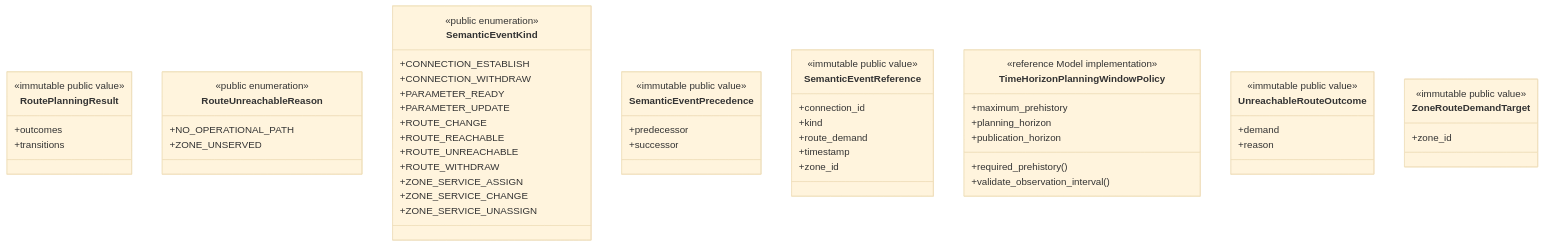
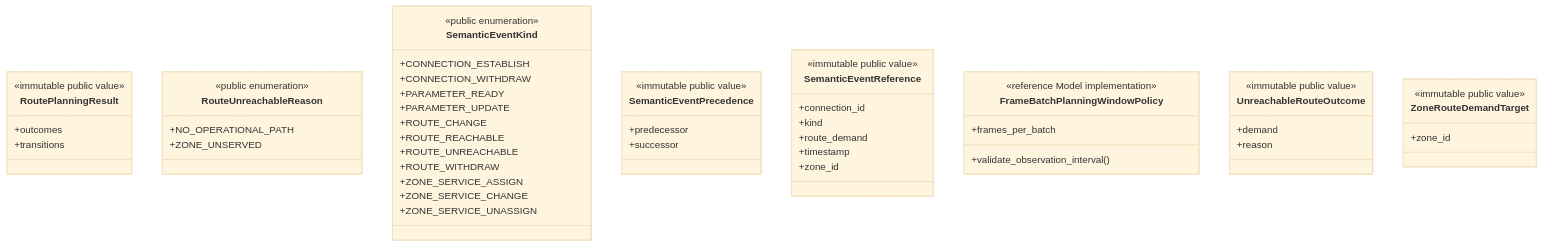
One commit to seed-labs/skyseed changed the seventh of 8 diagrams in skyseed_v2/src/skyseed_v2/simulator/planning/README.md. Above: the diagram before and after it, drawn with Mermaid (base theme). The commit also changed other lines of this file and 178 other files, not shown here.

````diff
--- a/skyseed_v2/src/skyseed_v2/simulator/planning/README.md
+++ b/skyseed_v2/src/skyseed_v2/simulator/planning/README.md
@@ -582,57 +588,54 @@
 ```mermaid
 classDiagram
     class RoutePlanningResult {
         <<immutable public value>>
         +outcomes
         +transitions
     }
     class RouteUnreachableReason {
         <<public enumeration>>
         +NO_OPERATIONAL_PATH
         +ZONE_UNSERVED
     }
     class SemanticEventKind {
         <<public enumeration>>
         +CONNECTION_ESTABLISH
         +CONNECTION_WITHDRAW
         +PARAMETER_READY
         +PARAMETER_UPDATE
         +ROUTE_CHANGE
         +ROUTE_REACHABLE
         +ROUTE_UNREACHABLE
         +ROUTE_WITHDRAW
         +ZONE_SERVICE_ASSIGN
         +ZONE_SERVICE_CHANGE
         +ZONE_SERVICE_UNASSIGN
     }
     class SemanticEventPrecedence {
         <<immutable public value>>
         +predecessor
         +successor
     }
     class SemanticEventReference {
         <<immutable public value>>
         +connection_id
         +kind
         +route_demand
         +timestamp
         +zone_id
     }
-    class TimeHorizonPlanningWindowPolicy {
+    class FrameBatchPlanningWindowPolicy {
         <<reference Model implementation>>
-        +maximum_prehistory
-        +planning_horizon
-        +publication_horizon
-        +required_prehistory()
+        +frames_per_batch
         +validate_observation_interval()
     }
     class UnreachableRouteOutcome {
         <<immutable public value>>
         +demand
         +reason
     }
     class ZoneRouteDemandTarget {
         <<immutable public value>>
         +zone_id
     }
 ```
````
